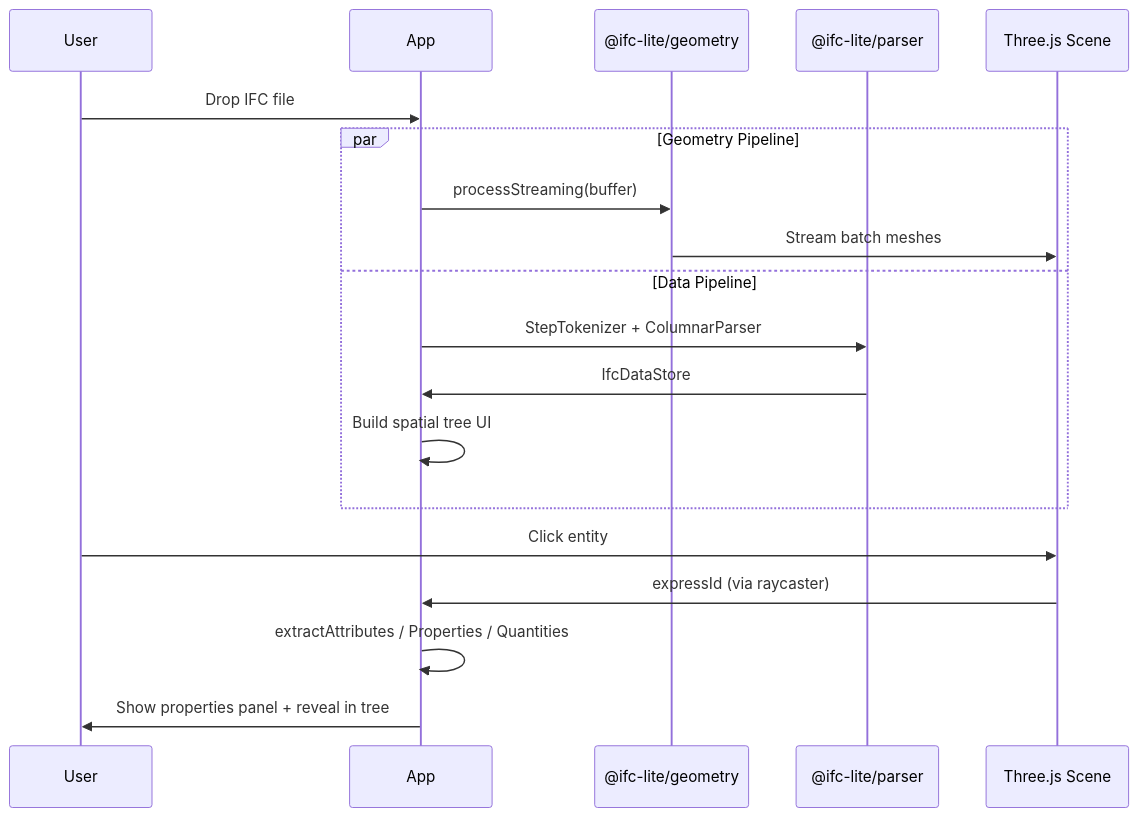
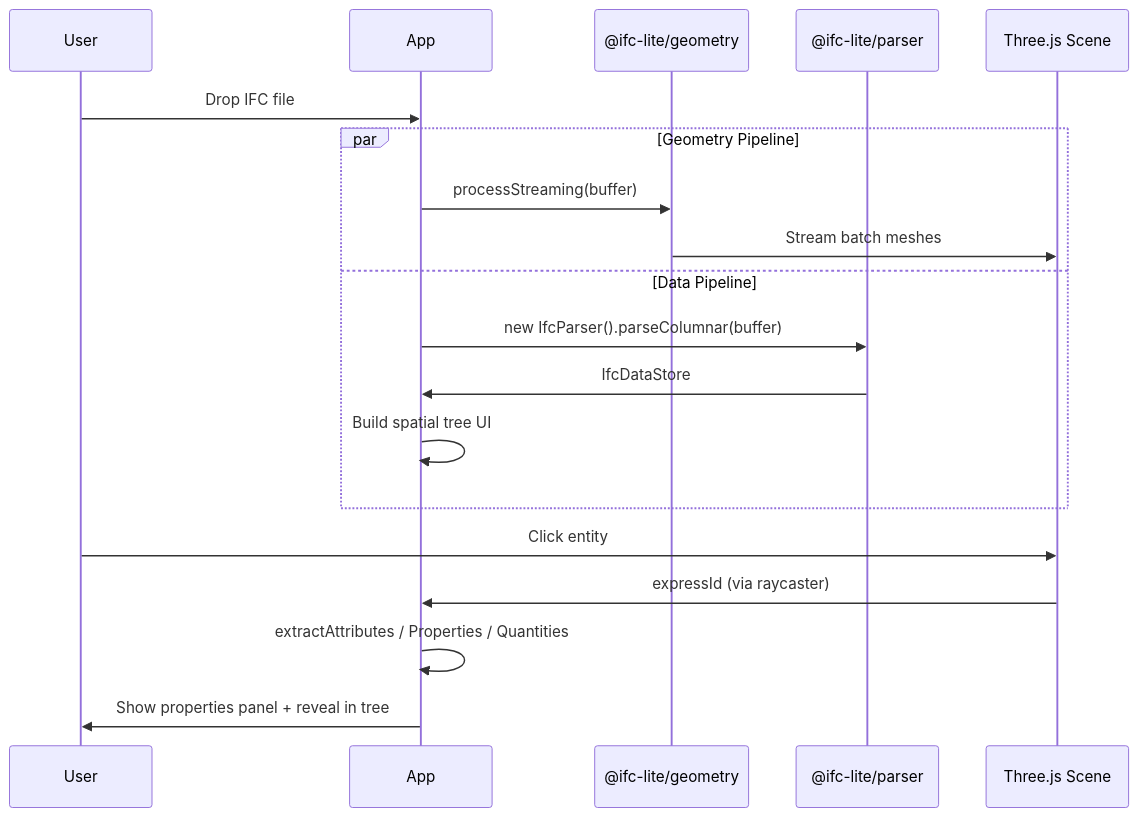
The third of 3 diagrams in docs/tutorials/threejs-integration.md (LTplus-AG/ifc-lite), drawn with Mermaid before and after one commit. The commit also changed other lines of this file and 99 other files, not shown here.

````diff
--- a/docs/tutorials/threejs-integration.md
+++ b/docs/tutorials/threejs-integration.md
@@ -579,24 +579,24 @@
 ```mermaid
 sequenceDiagram
     participant User
     participant App
     participant Geometry as @ifc-lite/geometry
     participant Parser as @ifc-lite/parser
     participant Scene as Three.js Scene
 
     User->>App: Drop IFC file
 
     par Geometry Pipeline
         App->>Geometry: processStreaming(buffer)
         Geometry->>Scene: Stream batch meshes
     and Data Pipeline
-        App->>Parser: StepTokenizer + ColumnarParser
+        App->>Parser: new IfcParser().parseColumnar(buffer)
         Parser->>App: IfcDataStore
         App->>App: Build spatial tree UI
     end
 
     User->>Scene: Click entity
     Scene->>App: expressId (via raycaster)
     App->>App: extractAttributes / Properties / Quantities
     App->>User: Show properties panel + reveal in tree
 ```
````
